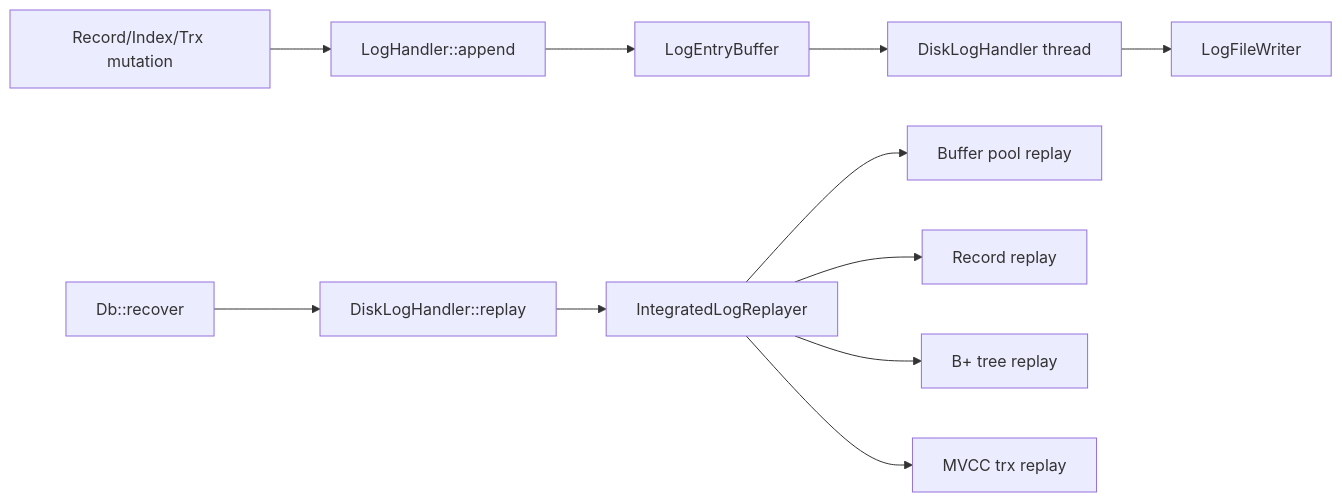
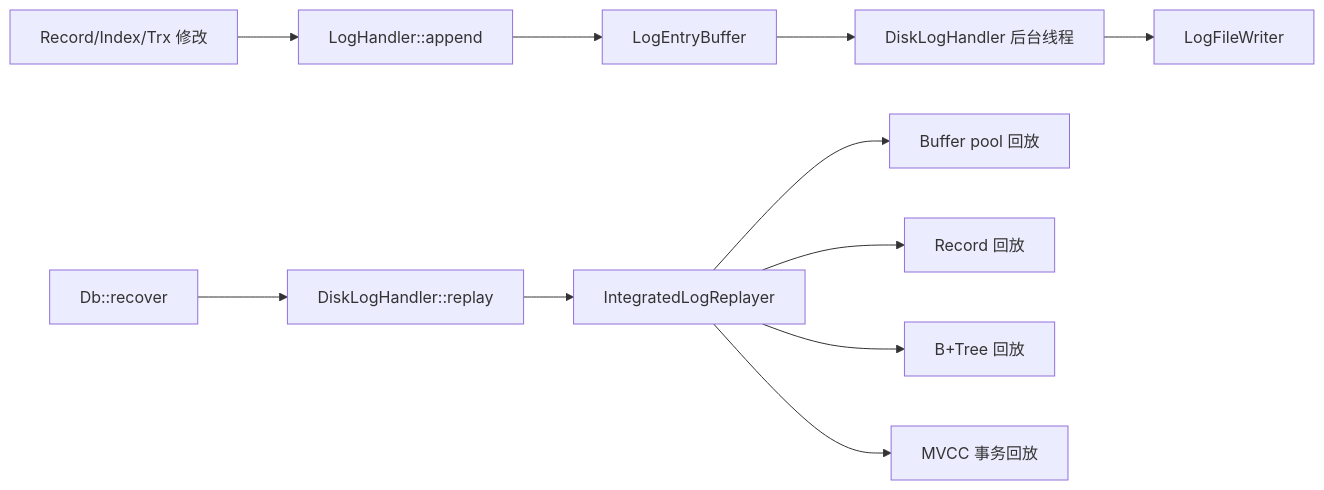
The fourth of 4 diagrams in Architecture.md (HyosungSink/MiniOB), drawn with Mermaid before and after one commit. The commit also changed other lines of this file, not shown here.

Commit message:
Translate architecture document

````diff
--- a/Architecture.md
+++ b/Architecture.md
@@ -487,14 +472,14 @@
 ```mermaid
 flowchart LR
-  Mutation[Record/Index/Trx mutation] --> Append[LogHandler::append]
+  Mutation[Record/Index/Trx 修改] --> Append[LogHandler::append]
   Append --> Buffer[LogEntryBuffer]
-  Buffer --> Thread[DiskLogHandler thread]
+  Buffer --> Thread[DiskLogHandler 后台线程]
   Thread --> File[LogFileWriter]
 
   Startup[Db::recover] --> Iterate[DiskLogHandler::replay]
   Iterate --> Integrated[IntegratedLogReplayer]
-  Integrated --> BP[Buffer pool replay]
-  Integrated --> Record[Record replay]
-  Integrated --> BTree[B+ tree replay]
-  Integrated --> Trx[MVCC trx replay]
+  Integrated --> BP[Buffer pool 回放]
+  Integrated --> Record[Record 回放]
+  Integrated --> BTree[B+Tree 回放]
+  Integrated --> Trx[MVCC 事务回放]
 ```
````
